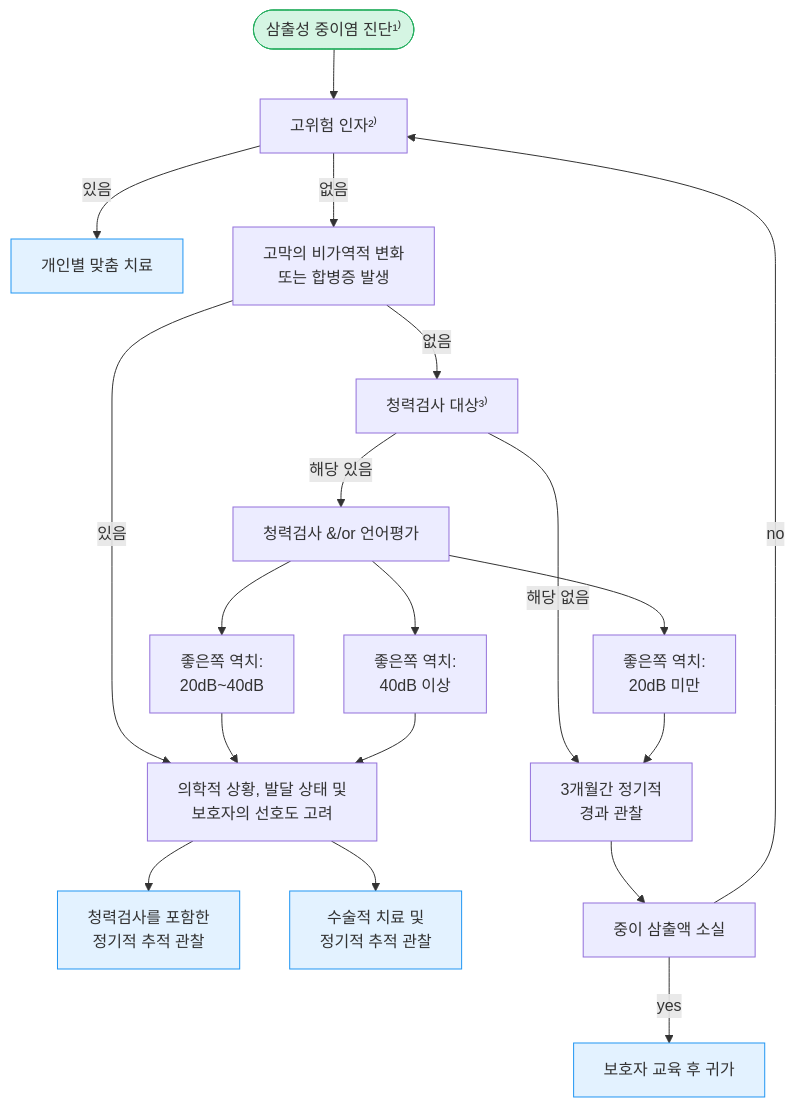
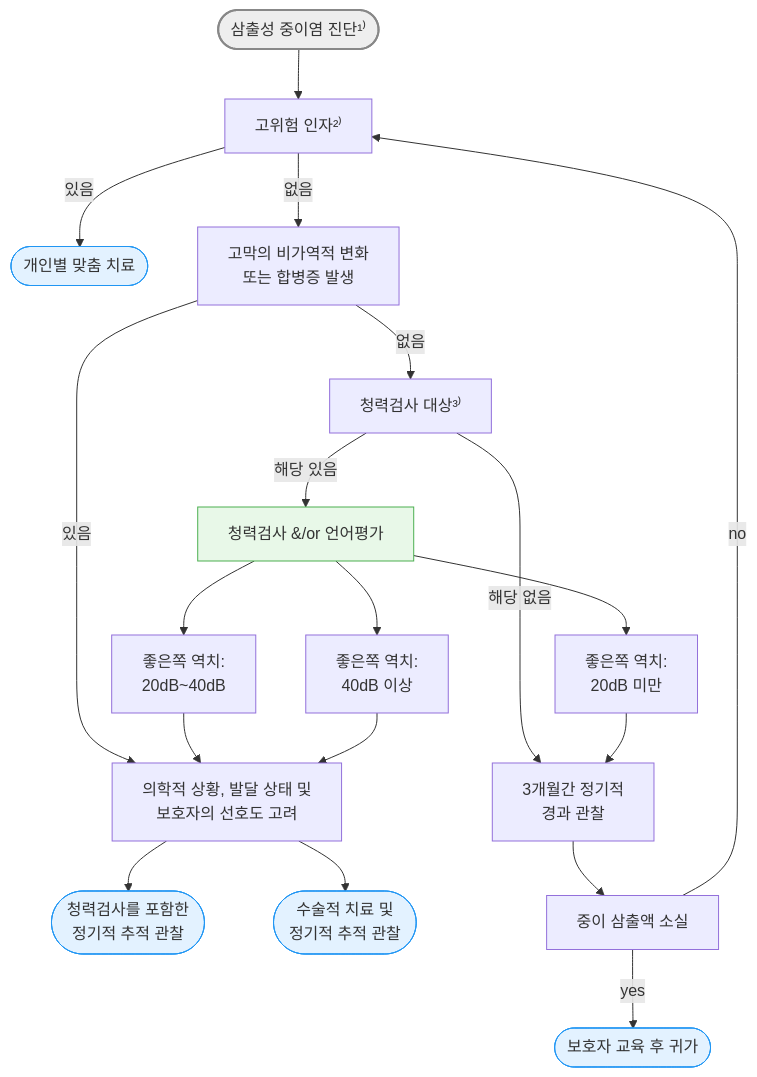
Before and after one commit to familyoh77/familyoh77: the fourth of 4 diagrams in 222_/048_-otitis-media.md, drawn with Mermaid. The commit also changed other lines of this file and 2 other files, not shown here.

Commit message:
GITBOOK-778: No subject

````diff
--- a/222_/048_-otitis-media.md
+++ b/222_/048_-otitis-media.md
@@ -608,28 +608,28 @@
 ```mermaid
 graph TD
     Start(["삼출성 중이염 진단¹⁾"])
     Risk["고위험 인자²⁾"]
     Start --> Risk
-    Risk -- 있음 --> Custom["개인별 맞춤 치료"]
+    Risk -- 있음 --> Custom(["개인별 맞춤 치료"])
     Risk -- 없음 --> Irreversible["고막의 비가역적 변화<br/>또는 합병증 발생"]
     Irreversible -- 있음 --> Decision["의학적 상황, 발달 상태 및<br/>보호자의 선호도 고려"]
     Irreversible -- 없음 --> Target["청력검사 대상³⁾"]
     Target -- 해당 없음 --> Observation["3개월간 정기적<br/>경과 관찰"]
     Target -- 해당 있음 --> Evaluation["청력검사 &/or 언어평가"]
     Evaluation --> Result1["좋은쪽 역치:<br/>20dB 미만"]
     Evaluation --> Result2["좋은쪽 역치:<br/>20dB~40dB"]
     Evaluation --> Result3["좋은쪽 역치:<br/>40dB 이상"]
     Result1 --> Observation
     Result2 --> Decision
     Result3 --> Decision
-    Decision --> Plan1["청력검사를 포함한<br/>정기적 추적 관찰"]
-    Decision --> Plan2["수술적 치료 및<br/>정기적 추적 관찰"]
+    Decision --> Plan1(["청력검사를 포함한<br/>정기적 추적 관찰"])
+    Decision --> Plan2(["수술적 치료 및<br/>정기적 추적 관찰"])
     Observation --> Disappear["중이 삼출액 소실"]
-    Disappear -- yes --> Home["보호자 교육 후 귀가"]
+    Disappear -- yes --> Home(["보호자 교육 후 귀가"])
     Disappear -- no --> Risk
-    
-style Start    fill:#d5f5e3,stroke:#27ae60
+style Evaluation     fill:#e8f8e8,stroke:#4caf50
+style Start  fill:#eeeeee,stroke:#888888,stroke-width:2px
 classDef sky fill:#e3f2ff,stroke:#2196f3
 class Custom,Plan1,Plan2,Home sky
     
 ```
````
